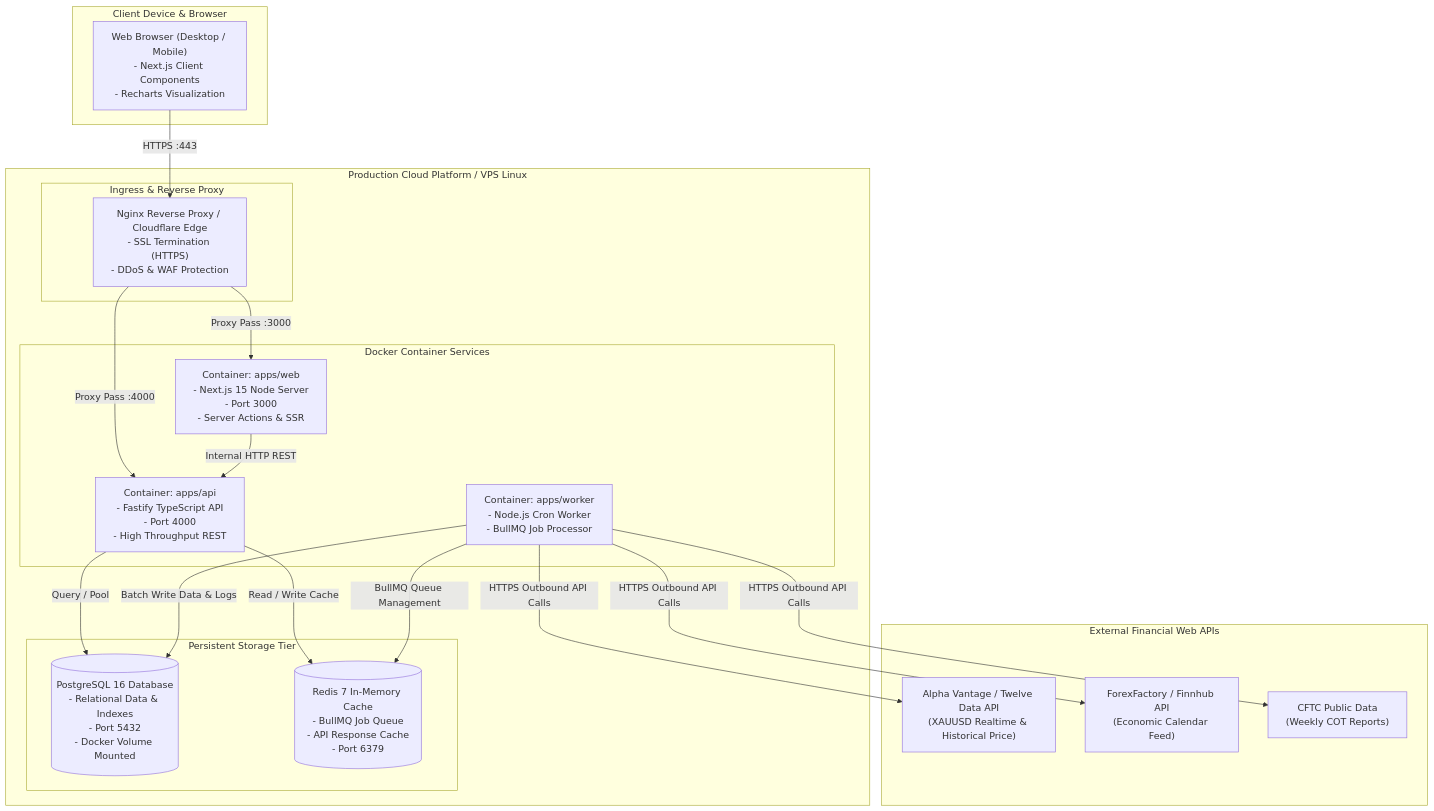
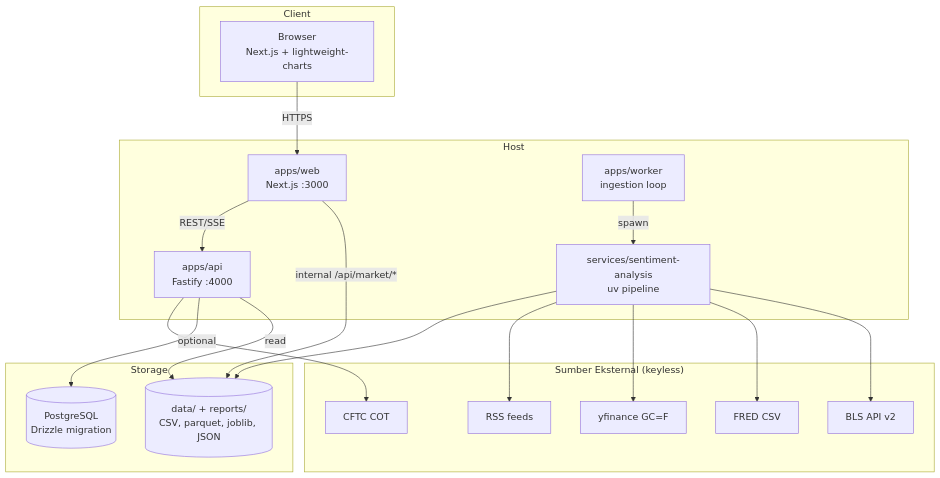
Before and after one commit to fiyanz/xauusd-news-sentiment: the second of 2 diagrams in docs/ARCHITECTURE.md, drawn with Mermaid. The commit also changed other lines of this file and 24 other files, not shown here.

First line of the commit message:
feat: integrasikan pipeline data dengan retrain/evaluasi ML + dokumentasi

````diff
--- a/docs/ARCHITECTURE.md
+++ b/docs/ARCHITECTURE.md
@@ -150,44 +93,39 @@
 ```mermaid
 graph TB
-    subgraph Client_Tier [Client Device & Browser]
-        Browser["Web Browser (Desktop / Mobile)\n- Next.js Client Components\n- Recharts Visualization"]
+    subgraph Client
+        Browser["Browser<br/>Next.js + lightweight-charts"]
     end
 
-    subgraph Cloud_Infrastructure [Production Cloud Platform / VPS Linux]
-        subgraph Ingress_Layer [Ingress & Reverse Proxy]
-            Nginx["Nginx Reverse Proxy / Cloudflare Edge\n- SSL Termination (HTTPS)\n- DDoS & WAF Protection"]
-        end
-
-        subgraph Container_Cluster [Docker Container Services]
-            Web_App["Container: apps/web\n- Next.js 15 Node Server\n- Port 3000\n- Server Actions & SSR"]
-            API_App["Container: apps/api\n- Fastify TypeScript API\n- Port 4000\n- High Throughput REST"]
-            Worker_App["Container: apps/worker\n- Node.js Cron Worker\n- BullMQ Job Processor"]
-        end
-
-        subgraph Data_Storage [Persistent Storage Tier]
-            Postgres[("PostgreSQL 16 Database\n- Relational Data & Indexes\n- Port 5432\n- Docker Volume Mounted")]
-            Redis[("Redis 7 In-Memory Cache\n- BullMQ Job Queue\n- API Response Cache\n- Port 6379")]
-        end
+    subgraph Host
+        Web["apps/web<br/>Next.js :3000"]
+        API["apps/api<br/>Fastify :4000"]
+        Worker["apps/worker<br/>ingestion loop"]
+        Python["services/sentiment-analysis<br/>uv pipeline"]
     end
 
-    subgraph External_Providers [External Financial Web APIs]
-        AlphaVantage["Alpha Vantage / Twelve Data API\n(XAUUSD Realtime & Historical Price)"]
-        ForexCal["ForexFactory / Finnhub API\n(Economic Calendar Feed)"]
-        CFTC["CFTC Public Data\n(Weekly COT Reports)"]
+    subgraph Storage
+        Postgres[("PostgreSQL<br/>Drizzle migration")]
+        Files[("data/ + reports/<br/>CSV, parquet, joblib, JSON")]
     end
 
-    %% Network Connections
-    Browser -->|HTTPS :443| Nginx
-    Nginx -->|Proxy Pass :3000| Web_App
-    Nginx -->|Proxy Pass :4000| API_App
-    
-    Web_App -->|Internal HTTP REST| API_App
-    API_App -->|Query / Pool| Postgres
-    API_App -->|Read / Write Cache| Redis
-    
-    Worker_App -->|BullMQ Queue Management| Redis
-    Worker_App -->|Batch Write Data & Logs| Postgres
-    Worker_App -->|HTTPS Outbound API Calls| AlphaVantage
-    Worker_App -->|HTTPS Outbound API Calls| ForexCal
-    Worker_App -->|HTTPS Outbound API Calls| CFTC
+    subgraph External["Sumber Eksternal (keyless)"]
+        BLS["BLS API v2"]
+        FRED["FRED CSV"]
+        YF["yfinance GC=F"]
+        RSS["RSS feeds"]
+        CFTC["CFTC COT"]
+    end
+
+    Browser -->|HTTPS| Web
+    Web -->|internal /api/market/*| Files
+    Web -->|REST/SSE| API
+    API -->|read| Files
+    API -->|optional| Postgres
+    Worker -->|spawn| Python
+    Python --> BLS
+    Python --> FRED
+    Python --> YF
+    Python --> RSS
+    API --> CFTC
+    Python --> Files
 ```
````
